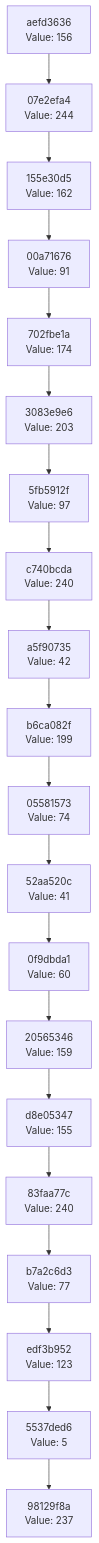
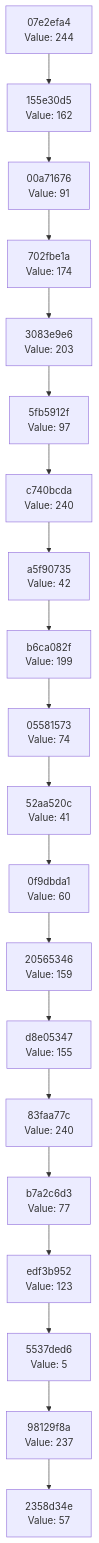
One commit to Abhisheksinha1506/hash-chain-evolver changed the diagram in docs/CHAIN_VISUALIZATION.md. Above: the diagram before and after it, drawn with Mermaid. The commit also changed 1 other file, not shown here.

Commit message:
Evolution Step

````diff
--- a/docs/CHAIN_VISUALIZATION.md
+++ b/docs/CHAIN_VISUALIZATION.md
@@ -3,42 +3,42 @@
 ```mermaid
 graph TD
-    C0["98129f8a<br/>Value: 237"]
-    C1["5537ded6<br/>Value: 5"]
+    C0["2358d34e<br/>Value: 57"]
+    C1["98129f8a<br/>Value: 237"]
     C1 --> C0
-    C2["edf3b952<br/>Value: 123"]
+    C2["5537ded6<br/>Value: 5"]
     C2 --> C1
-    C3["b7a2c6d3<br/>Value: 77"]
+    C3["edf3b952<br/>Value: 123"]
     C3 --> C2
-    C4["83faa77c<br/>Value: 240"]
+    C4["b7a2c6d3<br/>Value: 77"]
     C4 --> C3
-    C5["d8e05347<br/>Value: 155"]
+    C5["83faa77c<br/>Value: 240"]
     C5 --> C4
-    C6["20565346<br/>Value: 159"]
+    C6["d8e05347<br/>Value: 155"]
     C6 --> C5
-    C7["0f9dbda1<br/>Value: 60"]
+    C7["20565346<br/>Value: 159"]
     C7 --> C6
-    C8["52aa520c<br/>Value: 41"]
+    C8["0f9dbda1<br/>Value: 60"]
     C8 --> C7
-    C9["05581573<br/>Value: 74"]
+    C9["52aa520c<br/>Value: 41"]
     C9 --> C8
-    C10["b6ca082f<br/>Value: 199"]
+    C10["05581573<br/>Value: 74"]
     C10 --> C9
-    C11["a5f90735<br/>Value: 42"]
+    C11["b6ca082f<br/>Value: 199"]
     C11 --> C10
-    C12["c740bcda<br/>Value: 240"]
+    C12["a5f90735<br/>Value: 42"]
     C12 --> C11
-    C13["5fb5912f<br/>Value: 97"]
+    C13["c740bcda<br/>Value: 240"]
     C13 --> C12
-    C14["3083e9e6<br/>Value: 203"]
+    C14["5fb5912f<br/>Value: 97"]
     C14 --> C13
-    C15["702fbe1a<br/>Value: 174"]
+    C15["3083e9e6<br/>Value: 203"]
     C15 --> C14
-    C16["00a71676<br/>Value: 91"]
+    C16["702fbe1a<br/>Value: 174"]
     C16 --> C15
-    C17["155e30d5<br/>Value: 162"]
+    C17["00a71676<br/>Value: 91"]
     C17 --> C16
-    C18["07e2efa4<br/>Value: 244"]
+    C18["155e30d5<br/>Value: 162"]
     C18 --> C17
-    C19["aefd3636<br/>Value: 156"]
+    C19["07e2efa4<br/>Value: 244"]
     C19 --> C18
 ```
````
